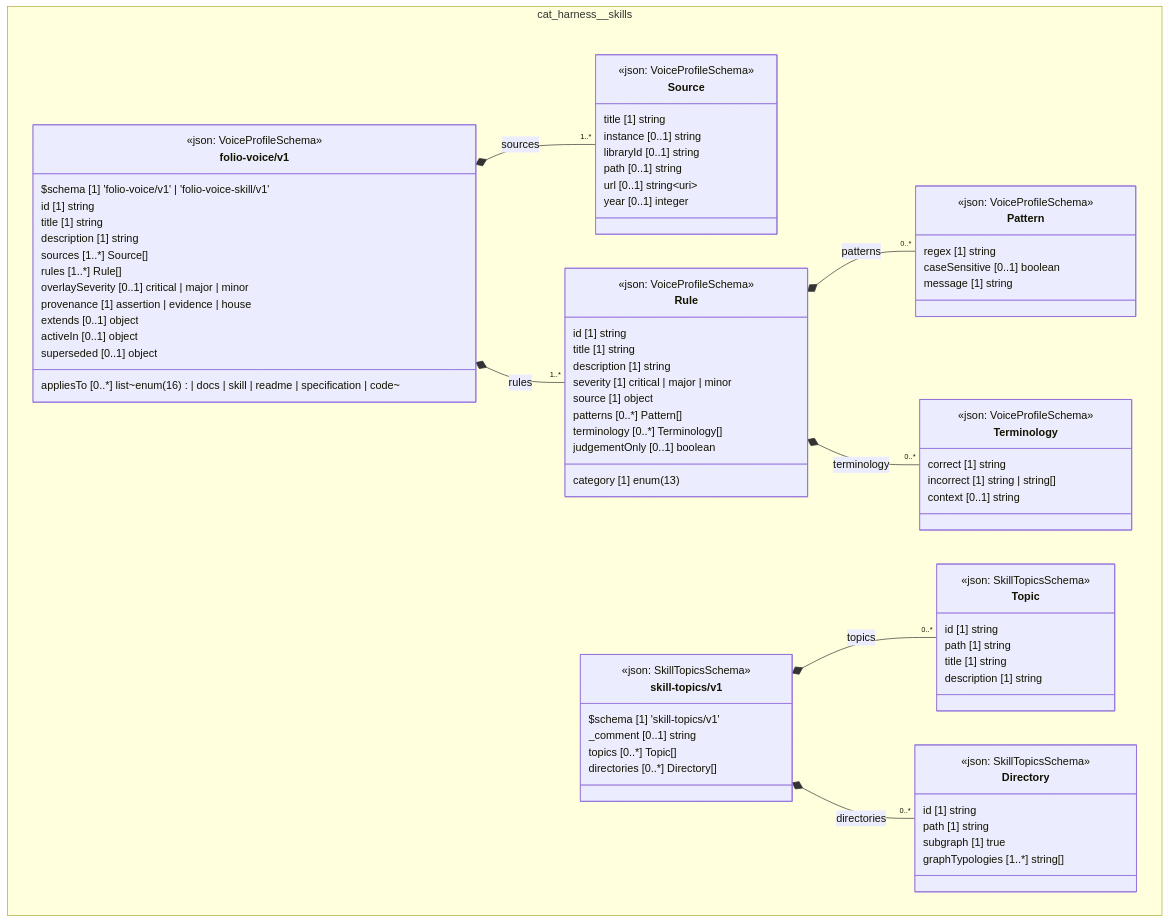
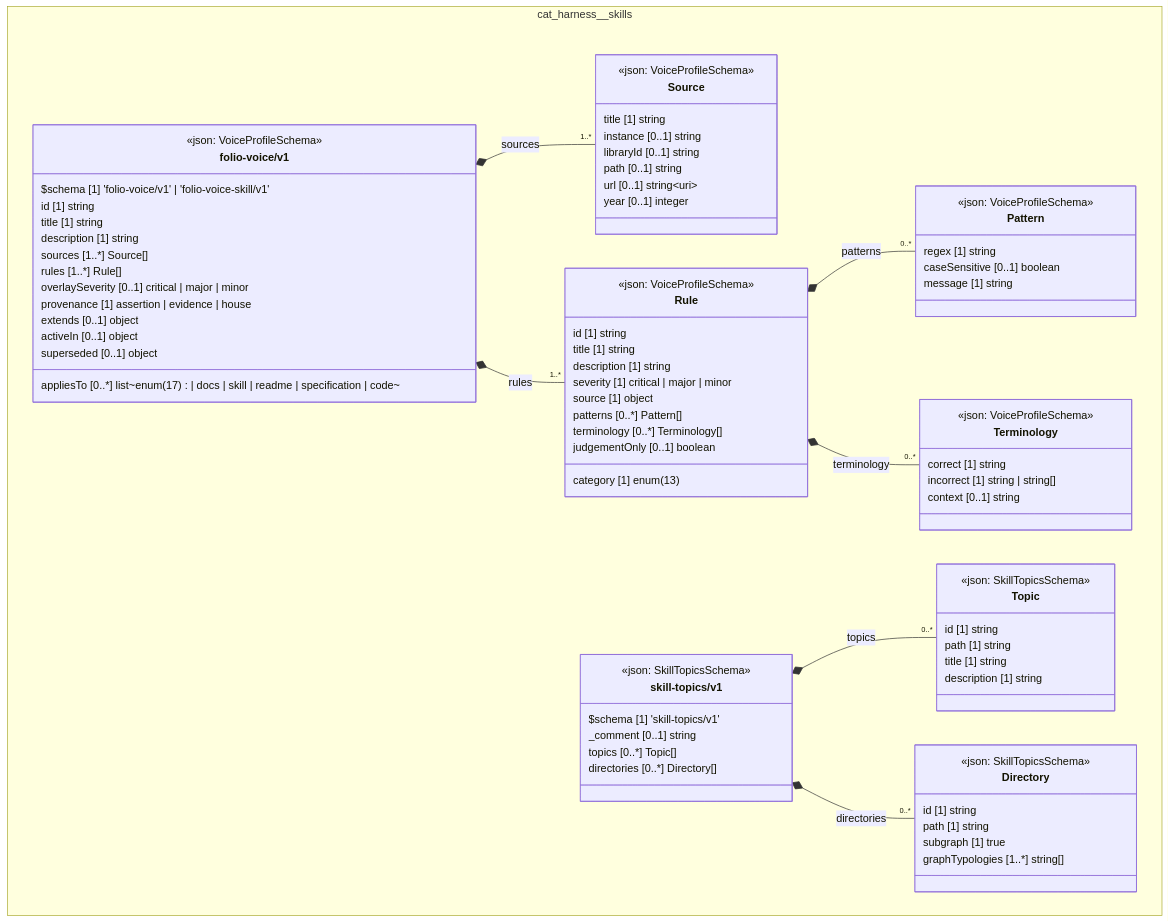
The diagram in uml/overview/cat-harness/skills.mmd (litlfred/cat-harness), drawn with Mermaid before and after one commit. The commit also changed 1163 other files, not shown here.

```diff
--- a/uml/overview/cat-harness/skills.mmd
+++ b/uml/overview/cat-harness/skills.mmd
@@ -1,87 +1,87 @@
 classDiagram
   direction TB
   namespace cat_harness__skills {
     class cat_harness_skills_folio_voice_v1_Source["Source"] {
       <<json: VoiceProfileSchema>>
       title [1] string
       instance [0..1] string
       libraryId [0..1] string
       path [0..1] string
       url [0..1] string~uri~
       year [0..1] integer
     }
     class cat_harness_skills_folio_voice_v1_Pattern["Pattern"] {
       <<json: VoiceProfileSchema>>
       regex [1] string
       caseSensitive [0..1] boolean
       message [1] string
     }
     class cat_harness_skills_folio_voice_v1_Terminology["Terminology"] {
       <<json: VoiceProfileSchema>>
       correct [1] string
       incorrect [1] string | string[]
       context [0..1] string
     }
     class cat_harness_skills_folio_voice_v1_Rule["Rule"] {
       <<json: VoiceProfileSchema>>
       id [1] string
       title [1] string
       description [1] string
       category [1] enum(13)
       severity [1] critical | major | minor
       source [1] object
       patterns [0..*] Pattern[]
       terminology [0..*] Terminology[]
       judgementOnly [0..1] boolean
     }
     class cat_harness_skills_folio_voice_v1_folio_voice_v1["folio-voice/v1"] {
       <<json: VoiceProfileSchema>>
       $schema [1] 'folio-voice/v1' | 'folio-voice-skill/v1'
       id [1] string
       title [1] string
       description [1] string
       sources [1..*] Source[]
       rules [1..*] Rule[]
       overlaySeverity [0..1] critical | major | minor
-      appliesTo [0..*] list~enum(16) | docs | skill | readme | specification | code~
+      appliesTo [0..*] list~enum(17) | docs | skill | readme | specification | code~
       provenance [1] assertion | evidence | house
       extends [0..1] object
       activeIn [0..1] object
       superseded [0..1] object
     }
     class cat_harness_skills_skill_topics_v1_Topic["Topic"] {
       <<json: SkillTopicsSchema>>
       id [1] string
       path [1] string
       title [1] string
       description [1] string
     }
     class cat_harness_skills_skill_topics_v1_Directory["Directory"] {
       <<json: SkillTopicsSchema>>
       id [1] string
       path [1] string
       subgraph [1] true
       graphTypologies [1..*] string[]
     }
     class cat_harness_skills_skill_topics_v1_skill_topics_v1["skill-topics/v1"] {
       <<json: SkillTopicsSchema>>
       $schema [1] 'skill-topics/v1'
       _comment [0..1] string
       topics [0..*] Topic[]
       directories [0..*] Directory[]
     }
   }
   cat_harness_skills_folio_voice_v1_folio_voice_v1 *-- "1..*" cat_harness_skills_folio_voice_v1_Source : sources
   cat_harness_skills_folio_voice_v1_Rule *-- "0..*" cat_harness_skills_folio_voice_v1_Pattern : patterns
   cat_harness_skills_folio_voice_v1_Rule *-- "0..*" cat_harness_skills_folio_voice_v1_Terminology : terminology
   cat_harness_skills_folio_voice_v1_folio_voice_v1 *-- "1..*" cat_harness_skills_folio_voice_v1_Rule : rules
   cat_harness_skills_skill_topics_v1_skill_topics_v1 *-- "0..*" cat_harness_skills_skill_topics_v1_Topic : topics
   cat_harness_skills_skill_topics_v1_skill_topics_v1 *-- "0..*" cat_harness_skills_skill_topics_v1_Directory : directories
   cssClass "cat_harness_skills_folio_voice_v1_Source" fa_uml_kind_skills
   cssClass "cat_harness_skills_folio_voice_v1_Pattern" fa_uml_kind_skills
   cssClass "cat_harness_skills_folio_voice_v1_Terminology" fa_uml_kind_skills
   cssClass "cat_harness_skills_folio_voice_v1_Rule" fa_uml_kind_skills
   cssClass "cat_harness_skills_folio_voice_v1_folio_voice_v1" fa_uml_kind_skills
   cssClass "cat_harness_skills_skill_topics_v1_Topic" fa_uml_kind_skills
   cssClass "cat_harness_skills_skill_topics_v1_Directory" fa_uml_kind_skills
   cssClass "cat_harness_skills_skill_topics_v1_skill_topics_v1" fa_uml_kind_skills
```
